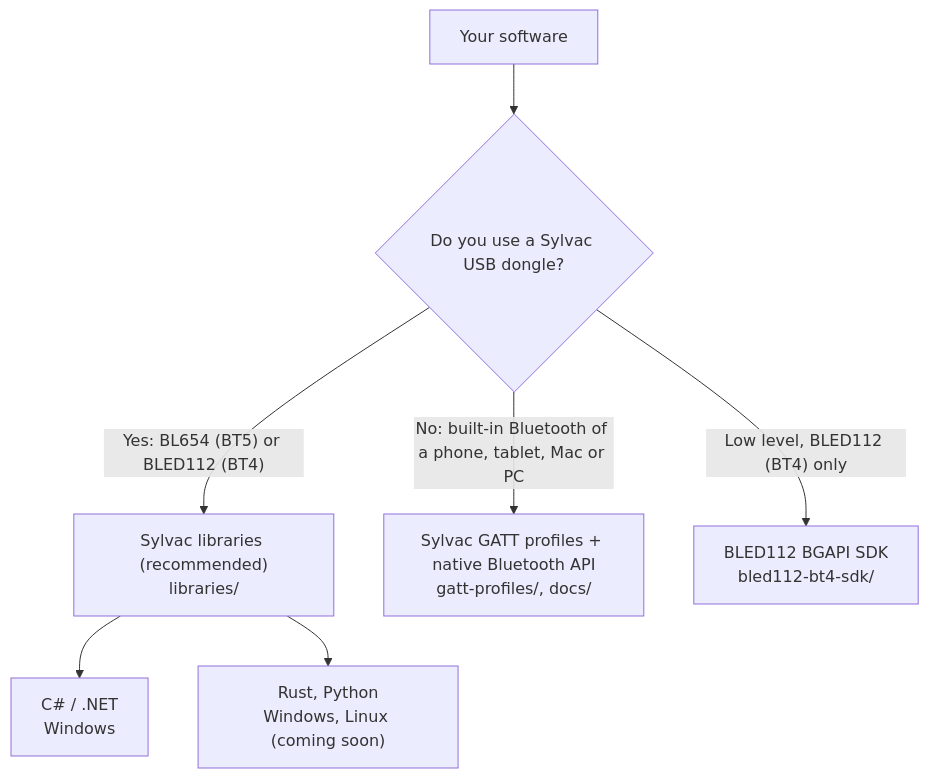
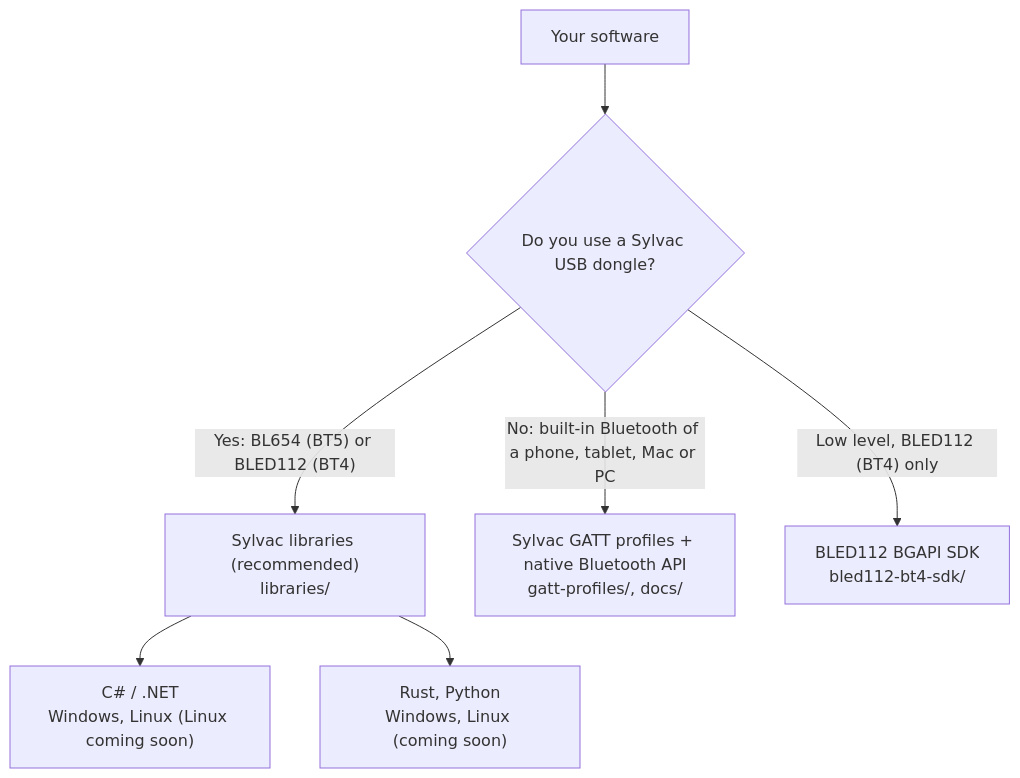
The diagram in README.md (SylvacDev/BluetoothDevTools), drawn with Mermaid before and after one commit. The commit also changed other lines of this file and 1 other file, not shown here.

Commit message:
C# library: Linux support coming with .NET 10

````diff
--- a/README.md
+++ b/README.md
@@ -25,9 +25,9 @@
 ```mermaid
 flowchart TD
     A[Your software] --> B{Do you use a Sylvac USB dongle?}
     B -->|"Yes: BL654 (BT5) or BLED112 (BT4)"| L["Sylvac libraries (recommended)<br/>libraries/"]
-    L --> CS["C# / .NET<br/>Windows"]
+    L --> CS["C# / .NET<br/>Windows, Linux (Linux coming soon)"]
     L --> RS["Rust, Python<br/>Windows, Linux (coming soon)"]
     B -->|"No: built-in Bluetooth of a phone, tablet, Mac or PC"| G["Sylvac GATT profiles + native Bluetooth API<br/>gatt-profiles/, docs/"]
     B -->|"Low level, BLED112 (BT4) only"| S["BLED112 BGAPI SDK<br/>bled112-bt4-sdk/"]
 ```
````
